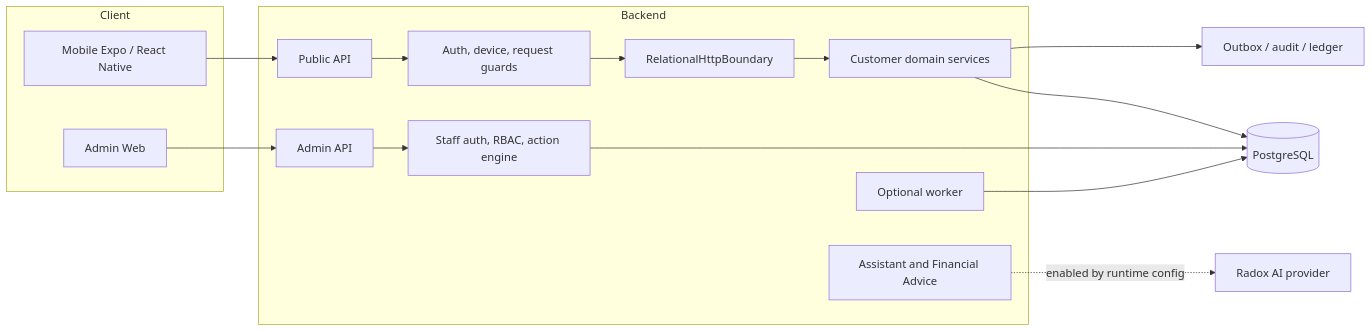
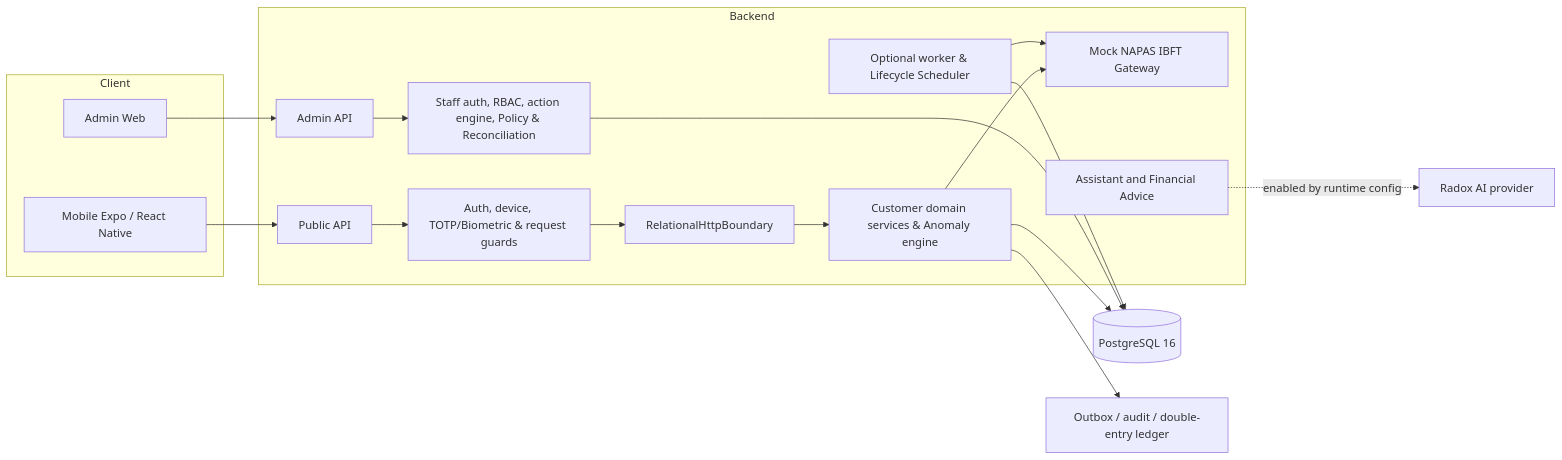
Before and after one commit to NguyenCaoKy1603/banking-system: the diagram in documents/02-design/architecture-and-scope.md, drawn with Mermaid. The commit also changed other lines of this file and 26 other files, not shown here.

```diff
--- a/documents/02-design/architecture-and-scope.md
+++ b/documents/02-design/architecture-and-scope.md
@@ -7,26 +7,29 @@
 ~~~mermaid
 flowchart LR
   subgraph Client
     M[Mobile Expo / React Native]
     AW[Admin Web]
   end
   subgraph Backend
     P[Public API]
-    AG[Auth, device, request guards]
+    AG[Auth, device, TOTP/Biometric & request guards]
     R[RelationalHttpBoundary]
-    DOMAIN[Customer domain services]
+    DOMAIN[Customer domain services & Anomaly engine]
+    NAPAS[Mock NAPAS IBFT Gateway]
     ADMIN[Admin API]
-    ACT[Staff auth, RBAC, action engine]
-    W[Optional worker]
+    ACT[Staff auth, RBAC, action engine, Policy & Reconciliation]
+    W[Optional worker & Lifecycle Scheduler]
     AI[Assistant and Financial Advice]
   end
-  DB[(PostgreSQL)]
-  O[Outbox / audit / ledger]
+  DB[(PostgreSQL 16)]
+  O[Outbox / audit / double-entry ledger]
   LLM[Radox AI provider]
   M --> P --> AG --> R --> DOMAIN
+  DOMAIN --> NAPAS
   DOMAIN --> DB
   DOMAIN --> O
   AW --> ADMIN --> ACT --> DB
   W --> DB
+  W --> NAPAS
   AI -. enabled by runtime config .-> LLM
 ~~~
```
